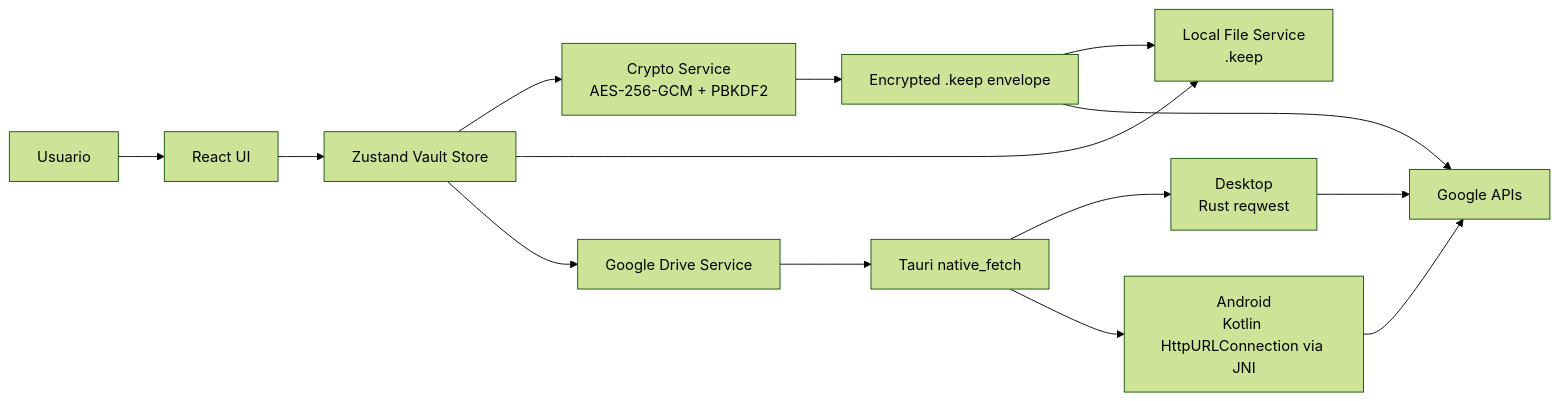
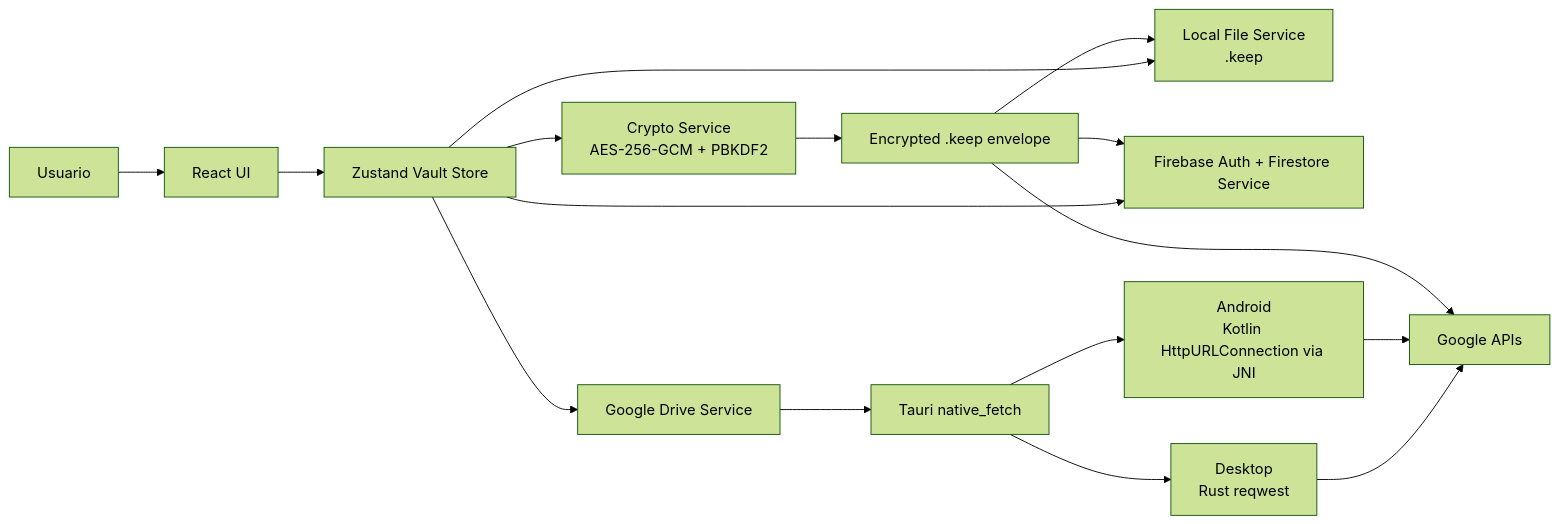
The first of 8 diagrams in README.md (Praesens-tech/passwordKeeper), drawn with Mermaid (forest theme) before and after one commit. The commit also changed other lines of this file and 31 other files, not shown here.

````diff
--- a/README.md
+++ b/README.md
@@ -89,16 +90,18 @@
 ```mermaid
 flowchart LR
   User[Usuario] --> UI[React UI]
   UI --> Store[Zustand Vault Store]
   Store --> Crypto[Crypto Service<br/>AES-256-GCM + PBKDF2]
   Store --> Local[Local File Service<br/>.keep]
   Store --> Drive[Google Drive Service]
+  Store --> Firebase[Firebase Auth + Firestore Service]
   Drive --> NativeFetch[Tauri native_fetch]
   NativeFetch --> Desktop[Desktop<br/>Rust reqwest]
   NativeFetch --> Android[Android<br/>Kotlin HttpURLConnection via JNI]
   Desktop --> Google[Google APIs]
   Android --> Google
   Crypto --> Encrypted[Encrypted .keep envelope]
   Encrypted --> Local
   Encrypted --> Google
+  Encrypted --> Firebase
 ```
````
